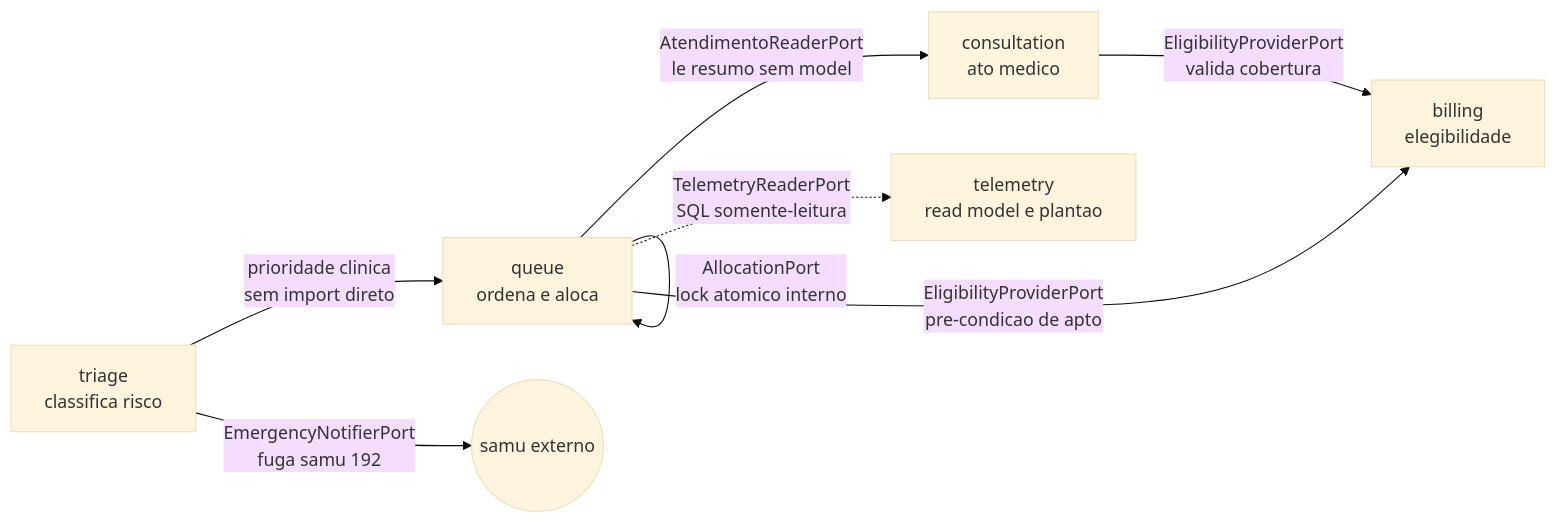
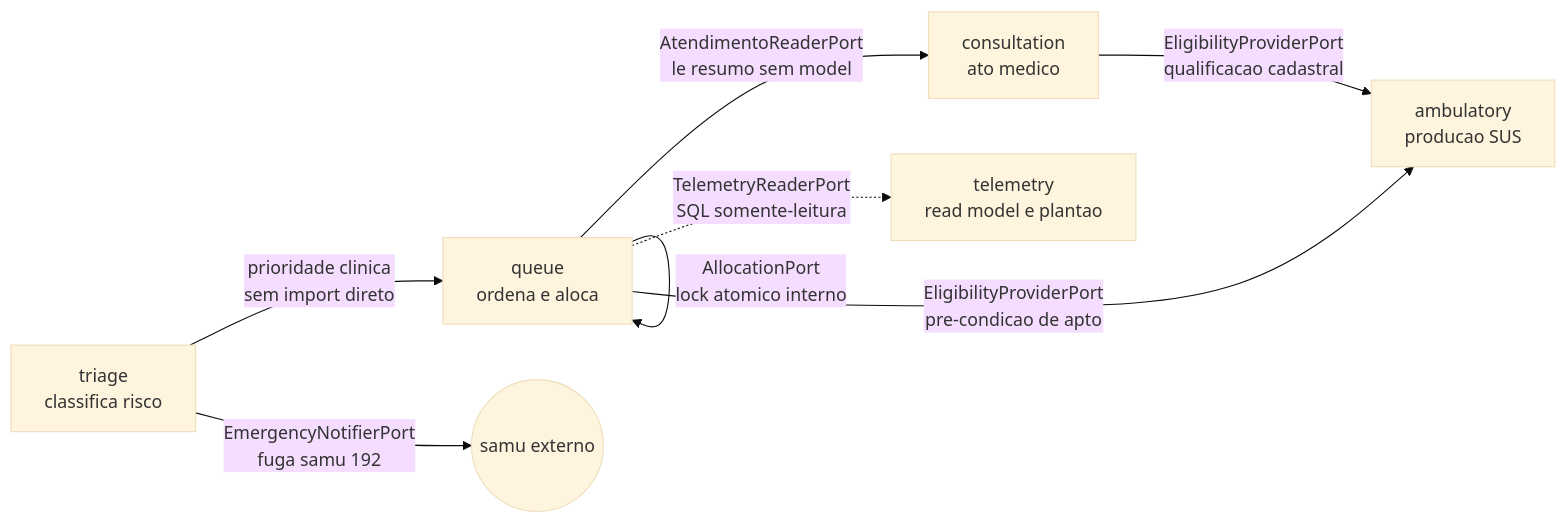
One commit to Rafaelp122/medisync changed the diagram in docs/explanation/domains/context-map.md. Above: the diagram before and after it, drawn with Mermaid (base theme). The commit also changed other lines of this file and 30 other files, not shown here.

````diff
--- a/docs/explanation/domains/context-map.md
+++ b/docs/explanation/domains/context-map.md
@@ -17,10 +17,10 @@
 ```mermaid
 flowchart LR
     triage[triage<br/>classifica risco] -->|prioridade clinica<br/>sem import direto| queue[queue<br/>ordena e aloca]
     queue -->|AtendimentoReaderPort<br/>le resumo sem model| consultation[consultation<br/>ato medico]
-    consultation -->|EligibilityProviderPort<br/>valida cobertura| billing[billing<br/>elegibilidade]
-    queue -->|EligibilityProviderPort<br/>pre-condicao de apto| billing
+    consultation -->|EligibilityProviderPort<br/>qualificacao cadastral| ambulatory[ambulatory<br/>producao SUS]
+    queue -->|EligibilityProviderPort<br/>pre-condicao de apto| ambulatory
     queue -->|AllocationPort<br/>lock atomico interno| queue
     triage -->|EmergencyNotifierPort<br/>fuga samu 192| externo((samu externo))
     queue -.->|TelemetryReaderPort<br/>SQL somente-leitura| telemetry[telemetry<br/>read model e plantao]
 ```
````
